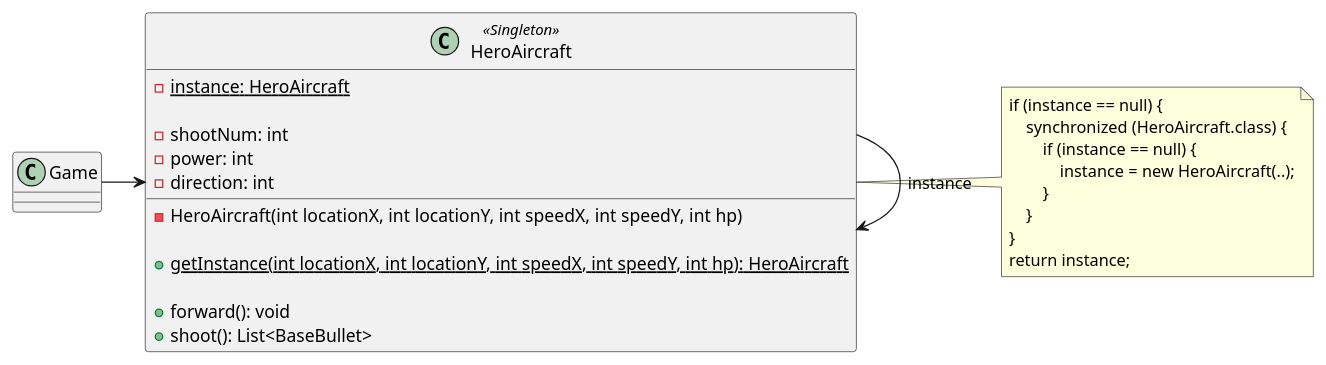
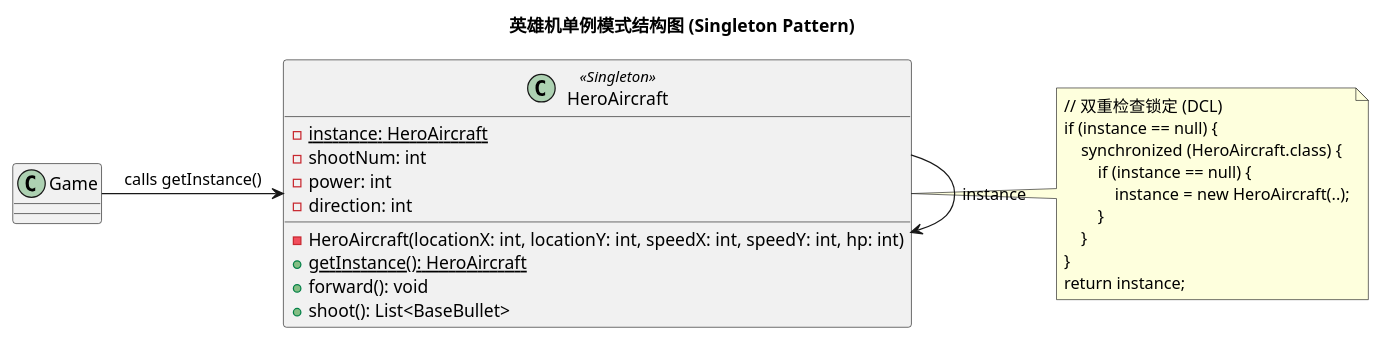
Before and after one commit to Leslie-1341/AircraftWar-base1.0: the diagram in uml/Singleton.puml, drawn with PlantUML. The commit also changed 25 other files, not shown here.

Commit message:
规范了代码，更新了uml类图，用于中期检查

```diff
--- a/uml/Singleton.puml
+++ b/uml/Singleton.puml
@@ -1,49 +1,54 @@
 @startuml
 'https://plantuml.com/class-diagram
-'英雄机单例模式结构图
+title 英雄机单例模式结构图 (Singleton Pattern)
 
-' 客户端调用方 (画出Game体现调用关系更完整)
+' ==========================================
+' 客户端调用方
+' ==========================================
 class Game {
 }
 
-' 明确标注设计模式名称
+' ==========================================
+' 单例类 (Singleton)
+' ==========================================
 class HeroAircraft <<Singleton>> {
-    ' 关键点1：私有静态变量 (使用 {static} 生成下划线)
+    ' 私有静态变量 (带下划线体现 static)
     - {static} instance: HeroAircraft
-
-    ' 原有的普通成员变量
+    ' 成员变量
     - shootNum: int
     - power: int
     - direction: int
 
-    ' 关键点2：私有构造函数 (将 + 改为 -)
-    - HeroAircraft(int locationX, int locationY, int speedX, int speedY, int hp)
-
-    ' 关键点3：提供一个访问该类唯一实例的公有静态方法 (使用 {static} 生成下划线)
-    + {static} getInstance(int locationX, int locationY, int speedX, int speedY, int hp): HeroAircraft
-
-    ' 原有的普通方法
+    ' 私有构造函数，阻断外部 new 实例化
+    - HeroAircraft(locationX: int, locationY: int, speedX: int, speedY: int, hp: int)
+    ' 公有静态方法，提供全局唯一访问点
+    + {static} getInstance(): HeroAircraft
     + forward(): void
     + shoot(): List<BaseBullet>
 }
 
-' 连线关系
+' ===================================
+' 关系连线
+' ===================================
 ' 1. 客户端调用获取实例
-Game -> HeroAircraft
+Game -> HeroAircraft : calls getInstance()
 
-' 2. 单例模式的核心：自己拥有一个自己的实例对象（对应图中指回自己的箭头）
+' 2. 单例模式核心：持有自身的实例引用
 HeroAircraft --> HeroAircraft : instance
 
-' 添加代码注释卡片（对应指导图中的灰色代码框，可选）
+' ====================================
+' 逻辑注释卡片（可选）
+' ====================================
 note right of HeroAircraft
+  // 双重检查锁定 (DCL)
   if (instance == null) {
       synchronized (HeroAircraft.class) {
           if (instance == null) {
               instance = new HeroAircraft(..);
           }
       }
   }
   return instance;
 end note
 
 @enduml
```
